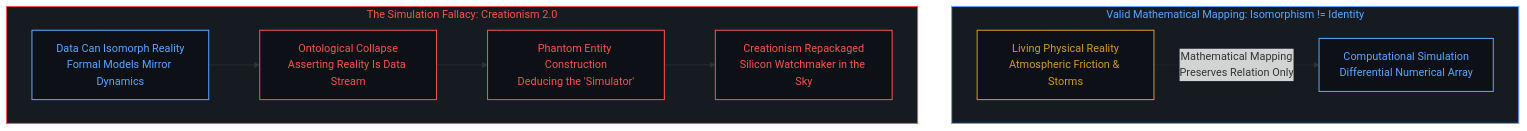
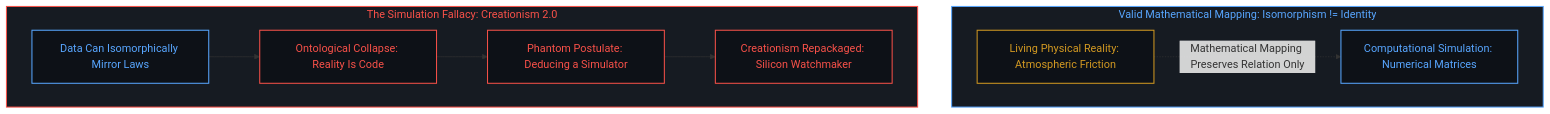
The fourth of 10 diagrams in content/posts/all-that-can-be-spoken-is-the-product-of-the-unspeakable.md (powerpig99/not-a-toe), drawn with Mermaid before and after one commit. The commit also changed other lines of this file and 8 other files, not shown here.

````diff
--- a/content/posts/all-that-can-be-spoken-is-the-product-of-the-unspeakable.md
+++ b/content/posts/all-that-can-be-spoken-is-the-product-of-the-unspeakable.md
@@ -101,25 +115,25 @@
 ```mermaid
 graph TD
     classDef default fill:#0d1117,stroke:#30363d,stroke-width:1px,color:#f0f6fc;
     classDef mind fill:#0d1117,stroke:#3fb950,stroke-width:1.5px,color:#3fb950;
     classDef failure fill:#0d1117,stroke:#f85149,stroke-width:1.5px,color:#f85149;
     classDef scaffold fill:#0d1117,stroke:#d29922,stroke-width:1.5px,color:#d29922;
     classDef model fill:#0d1117,stroke:#58a6ff,stroke-width:1.5px,color:#58a6ff;
 
     subgraph S_Isomorphism_EN ["Valid Mathematical Mapping: Isomorphism != Identity"]
-        IE1["Living Physical Reality<br/>Atmospheric Friction & Storms"]:::scaffold
-        IE2["Computational Simulation<br/>Differential Numerical Array"]:::model
-        IE1 -.->|"Mathematical Mapping<br/>Preserves Relation Only"| IE2
+        IE1["Living Physical Reality: Atmospheric Friction"]:::scaffold
+        IE2["Computational Simulation: Numerical Matrices"]:::model
+        IE1 -.->|"Mathematical Mapping Preserves Relation Only"| IE2
     end
 
     subgraph S_Collapse_EN ["The Simulation Fallacy: Creationism 2.0"]
-        CE1["Data Can Isomorph Reality<br/>Formal Models Mirror Dynamics"]:::model
-        CE2["Ontological Collapse<br/>Asserting Reality Is Data Stream"]:::failure
-        CE3["Phantom Entity Construction<br/>Deducing the 'Simulator'"]:::failure
-        CE4["Creationism Repackaged<br/>Silicon Watchmaker in the Sky"]:::failure
+        CE1["Data Can Isomorphically Mirror Laws"]:::model
+        CE2["Ontological Collapse: Reality Is Code"]:::failure
+        CE3["Phantom Postulate: Deducing a Simulator"]:::failure
+        CE4["Creationism Repackaged: Silicon Watchmaker"]:::failure
         CE1 --> CE2 --> CE3 --> CE4
     end
 
     style S_Isomorphism_EN fill:#161b22,stroke:#58a6ff,stroke-width:1.5px,color:#58a6ff
     style S_Collapse_EN fill:#161b22,stroke:#f85149,stroke-width:1.5px,color:#f85149
 ```
````
